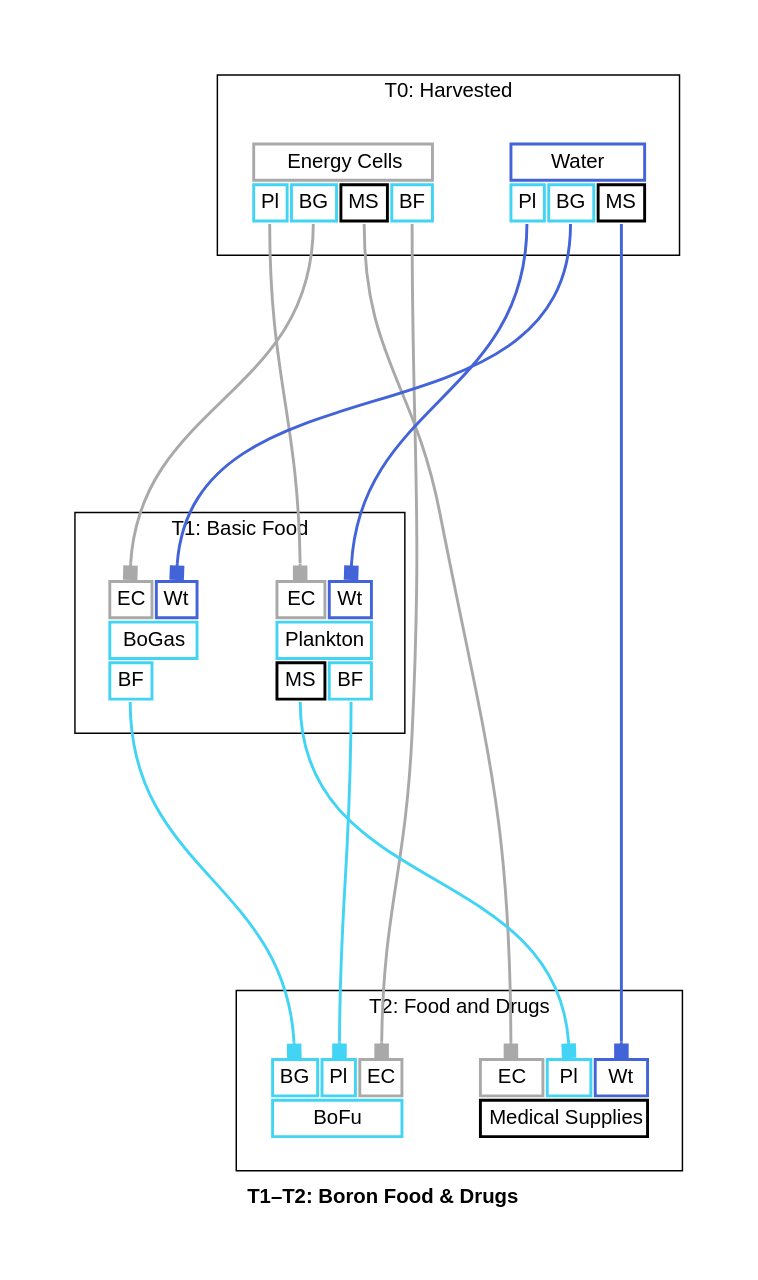
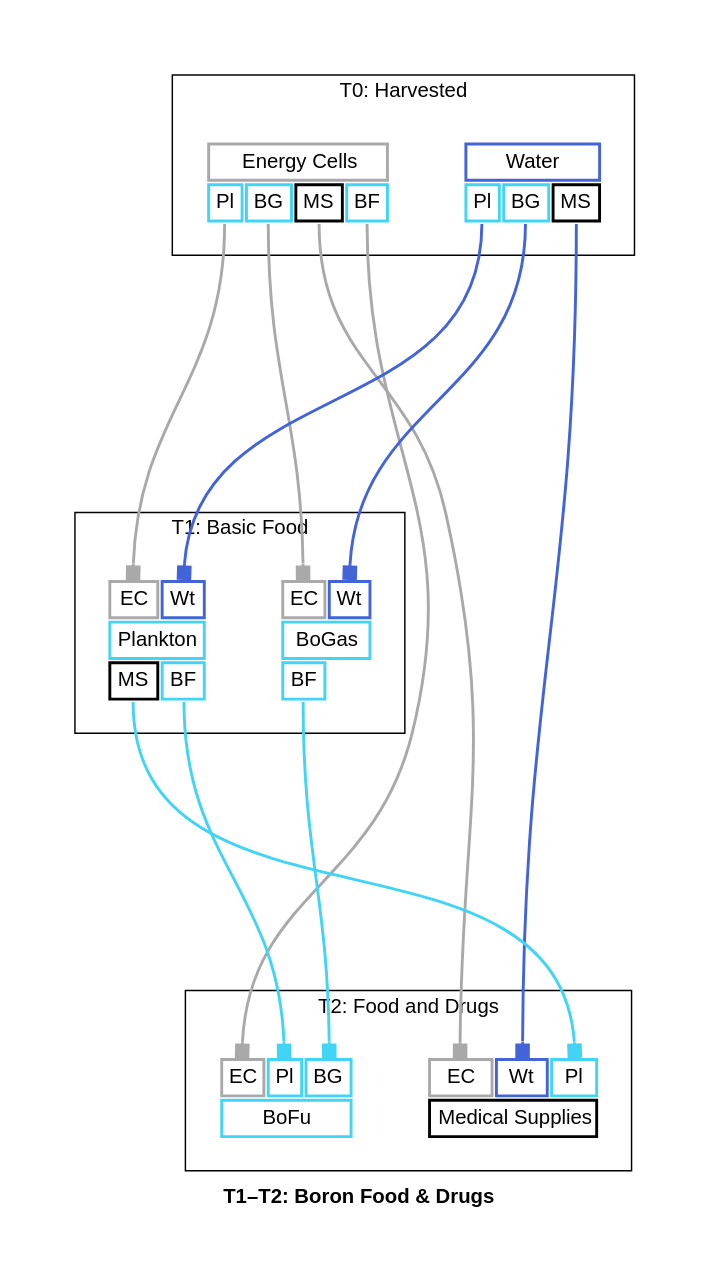
One commit to borntyping/x4-diagrams changed the diagram in docs/t1_t2_boron_food_drugs_graph_full.dot. Above: the diagram before and after it, drawn with Graphviz. The commit also changed other lines of this file and 66 other files, not shown here.

```diff
--- a/docs/t1_t2_boron_food_drugs_graph_full.dot
+++ b/docs/t1_t2_boron_food_drugs_graph_full.dot
@@ -1,141 +1,141 @@
 digraph "X4 Economy" {
 	edge [arrowType=normal]
 	compound=true fontname="Helvetica,Arial,sans-serif"
 	label=<<b>T1–T2: Boron Food &amp; Drugs</b>>
 	graph [nodesep=0.3 pad=0.5 ranksep=3]
 	node [color=slategray1 fontname="Helvetica,Arial,sans-serif" margin=0.2 penwidth=2.0 shape=plaintext]
 	edge [arrowhead=normal arrowsize=1.0 fontname="Helvetica,Arial,sans-serif" headport=n penwidth=2.0 tailport=s]
 	subgraph 0 {
 		cluster=true label="T0: Harvested"
 		energy_cells [label=<<table border="0" cellborder="2" cellpadding="4" cellspacing="1" fixedsize="false" id="energy_cells" port="output">
   
   <tr>
     <td align="text" bgcolor="white" color="#a9a9a9" colspan="4">Energy Cells</td>
   </tr>
   
     <tr>
       
         <td align="text" bgcolor="white" color="#42d4f4" port="plankton">Pl</td>
       
         <td align="text" bgcolor="white" color="#42d4f4" port="bogas">BG</td>
       
         <td align="text" bgcolor="white" color="#000000" port="medical_supplies">MS</td>
       
         <td align="text" bgcolor="white" color="#42d4f4" port="bofu">BF</td>
       
     </tr>
   
 </table>>]
 		water [label=<<table border="0" cellborder="2" cellpadding="4" cellspacing="1" fixedsize="false" id="water" port="output">
   
   <tr>
     <td align="text" bgcolor="white" color="#4363d8" colspan="3">Water</td>
   </tr>
   
     <tr>
       
         <td align="text" bgcolor="white" color="#42d4f4" port="plankton">Pl</td>
       
         <td align="text" bgcolor="white" color="#42d4f4" port="bogas">BG</td>
       
         <td align="text" bgcolor="white" color="#000000" port="medical_supplies">MS</td>
       
     </tr>
   
 </table>>]
 	}
 	subgraph 1 {
 		cluster=true label="T1: Basic Food"
 		bogas [label=<<table border="0" cellborder="2" cellpadding="4" cellspacing="1" fixedsize="false" id="bogas" port="output">
   
     <tr>
       
         <td align="text" bgcolor="white" color="#a9a9a9" port="energy_cells">EC</td>
       
         <td align="text" bgcolor="white" color="#4363d8" port="water">Wt</td>
       
     </tr>
   
   <tr>
     <td align="text" bgcolor="white" color="#42d4f4" colspan="2">BoGas</td>
   </tr>
   
     <tr>
       
         <td align="text" bgcolor="white" color="#42d4f4" port="bofu">BF</td>
       
     </tr>
   
 </table>>]
 		plankton [label=<<table border="0" cellborder="2" cellpadding="4" cellspacing="1" fixedsize="false" id="plankton" port="output">
   
     <tr>
       
         <td align="text" bgcolor="white" color="#a9a9a9" port="energy_cells">EC</td>
       
         <td align="text" bgcolor="white" color="#4363d8" port="water">Wt</td>
       
     </tr>
   
   <tr>
     <td align="text" bgcolor="white" color="#42d4f4" colspan="2">Plankton</td>
   </tr>
   
     <tr>
       
         <td align="text" bgcolor="white" color="#000000" port="medical_supplies">MS</td>
       
         <td align="text" bgcolor="white" color="#42d4f4" port="bofu">BF</td>
       
     </tr>
   
 </table>>]
 	}
 	subgraph 2 {
 		cluster=true label="T2: Food and Drugs"
 		bofu [label=<<table border="0" cellborder="2" cellpadding="4" cellspacing="1" fixedsize="false" id="bofu" port="output">
   
     <tr>
       
-        <td align="text" bgcolor="white" color="#42d4f4" port="bogas">BG</td>
+        <td align="text" bgcolor="white" color="#a9a9a9" port="energy_cells">EC</td>
       
         <td align="text" bgcolor="white" color="#42d4f4" port="plankton">Pl</td>
       
-        <td align="text" bgcolor="white" color="#a9a9a9" port="energy_cells">EC</td>
+        <td align="text" bgcolor="white" color="#42d4f4" port="bogas">BG</td>
       
     </tr>
   
   <tr>
     <td align="text" bgcolor="white" color="#42d4f4" colspan="3">BoFu</td>
   </tr>
   
 </table>>]
 		medical_supplies [label=<<table border="0" cellborder="2" cellpadding="4" cellspacing="1" fixedsize="false" id="medical_supplies" port="output">
   
     <tr>
       
         <td align="text" bgcolor="white" color="#a9a9a9" port="energy_cells">EC</td>
       
+        <td align="text" bgcolor="white" color="#4363d8" port="water">Wt</td>
+      
         <td align="text" bgcolor="white" color="#42d4f4" port="plankton">Pl</td>
-      
-        <td align="text" bgcolor="white" color="#4363d8" port="water">Wt</td>
       
     </tr>
   
   <tr>
     <td align="text" bgcolor="white" color="#000000" colspan="3">Medical Supplies</td>
   </tr>
   
 </table>>]
 	}
 	energy_cells:plankton:s -> plankton:energy_cells:n [arrowhead=box color="#a9a9a9" weight=1.0]
 	water:plankton:s -> plankton:water:n [arrowhead=box color="#4363d8" weight=1.0]
 	energy_cells:bogas:s -> bogas:energy_cells:n [arrowhead=box color="#a9a9a9" weight=1.0]
 	water:bogas:s -> bogas:water:n [arrowhead=box color="#4363d8" weight=1.0]
 	energy_cells:medical_supplies:s -> medical_supplies:energy_cells:n [arrowhead=box color="#a9a9a9" weight=1.0]
 	plankton:medical_supplies:s -> medical_supplies:plankton:n [arrowhead=box color="#42d4f4" weight=1.0]
 	water:medical_supplies:s -> medical_supplies:water:n [arrowhead=box color="#4363d8" weight=1.0]
 	bogas:bofu:s -> bofu:bogas:n [arrowhead=box color="#42d4f4" weight=1.0]
 	energy_cells:bofu:s -> bofu:energy_cells:n [arrowhead=box color="#a9a9a9" weight=1.0]
 	plankton:bofu:s -> bofu:plankton:n [arrowhead=box color="#42d4f4" weight=1.0]
 }
```
